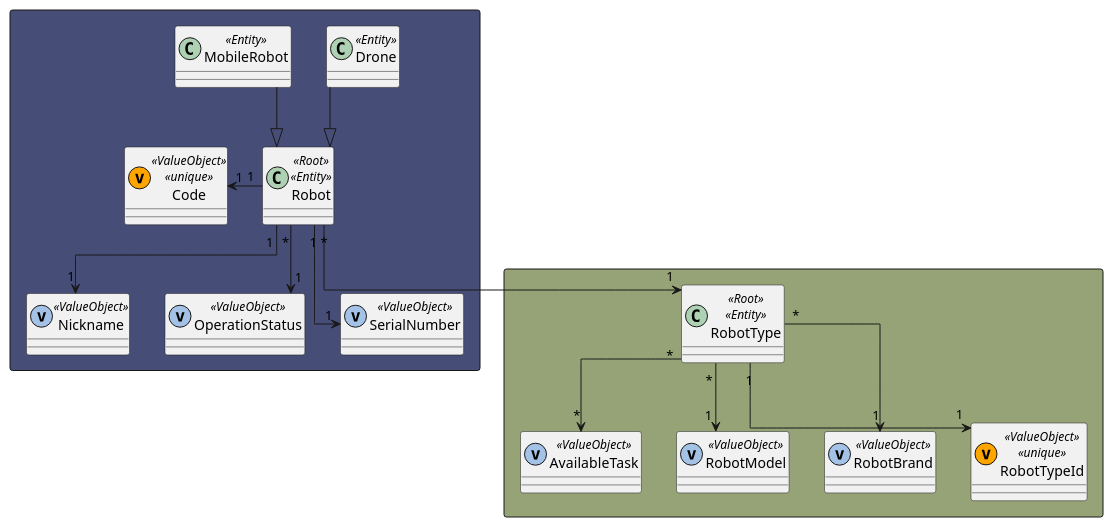
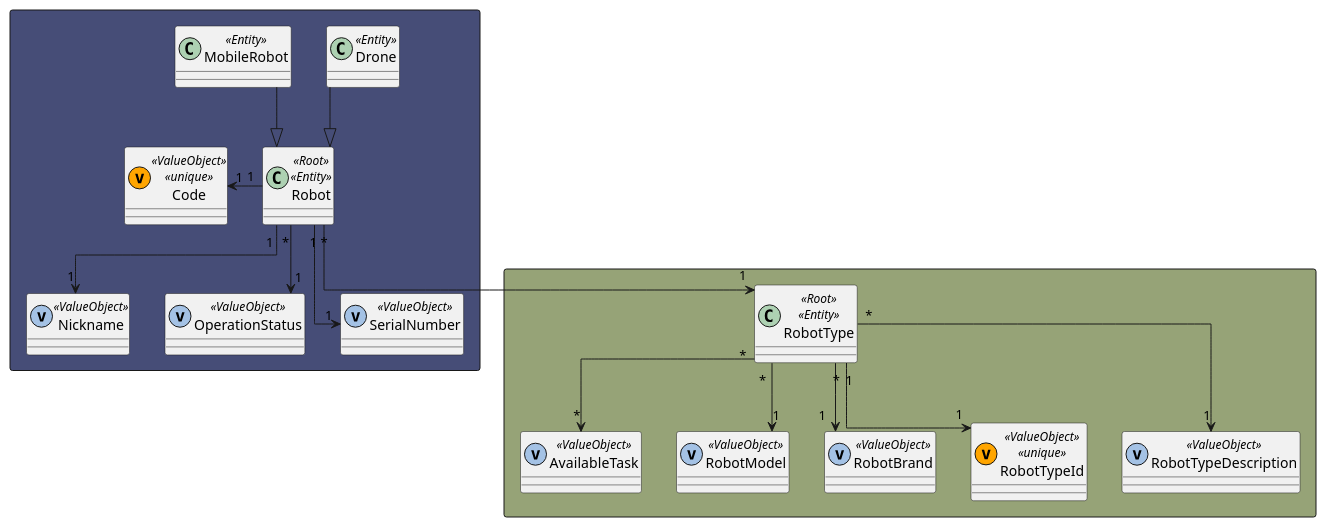
Before and after one commit to Pedro-Pereira1/sem5pi_23_24_g056: the diagram in docs/US_350/Diagrams/DomainModelExcerpt.puml, drawn with PlantUML. The commit also changed 1 other file, not shown here.

```diff
--- a/docs/US_350/Diagrams/DomainModelExcerpt.puml
+++ b/docs/US_350/Diagrams/DomainModelExcerpt.puml
@@ -1,38 +1,40 @@
 @startuml
 
 skinparam linetype ortho
 
 '========================================================
 rectangle #464D77{
 class Robot << Root >> << Entity >>
 class Drone  << Entity >>
 class MobileRobot  << Entity >>
 
 class Code  << (v,orange) ValueObject >> << unique >>
 class Nickname  << (v,#A4C2E5) ValueObject >>
 class OperationStatus  << (v,#A4C2E5) ValueObject >>
 class SerialNumber  << (v,#A4C2E5) ValueObject >>
 }
 '========================================================
 rectangle #96A377{
 class RobotType << Root >> << Entity >>
 class AvailableTask  << (v,#A4C2E5) ValueObject >>
 class RobotModel  << (v,#A4C2E5) ValueObject >>
 class RobotBrand  << (v,#A4C2E5) ValueObject >>
 class RobotTypeId << (v,orange) ValueObject >> << unique >>
-
+class RobotTypeDescription  << (v,#A4C2E5) ValueObject >>
 }
 
 Robot <|-u- MobileRobot
 Robot <|-u- Drone
 Robot "1"-l->"1" Code
 Robot "*"-->"1" RobotType
 Robot "*"-d->"1" OperationStatus
 Robot "1"-->"1" Nickname
 Robot "1"-->"1" SerialNumber
 
 RobotType "*"-->"1" RobotModel
 RobotType "*"-->"1" RobotBrand
 RobotType "*"-->"*" AvailableTask
 RobotType "1"-->"1" RobotTypeId
+RobotType "*"-->"1" RobotTypeDescription
+
 @enduml
```
